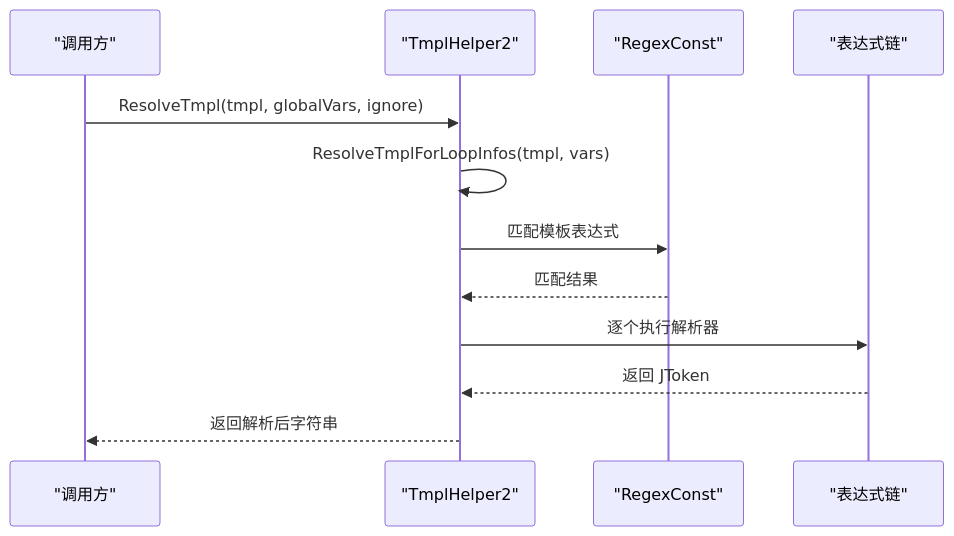
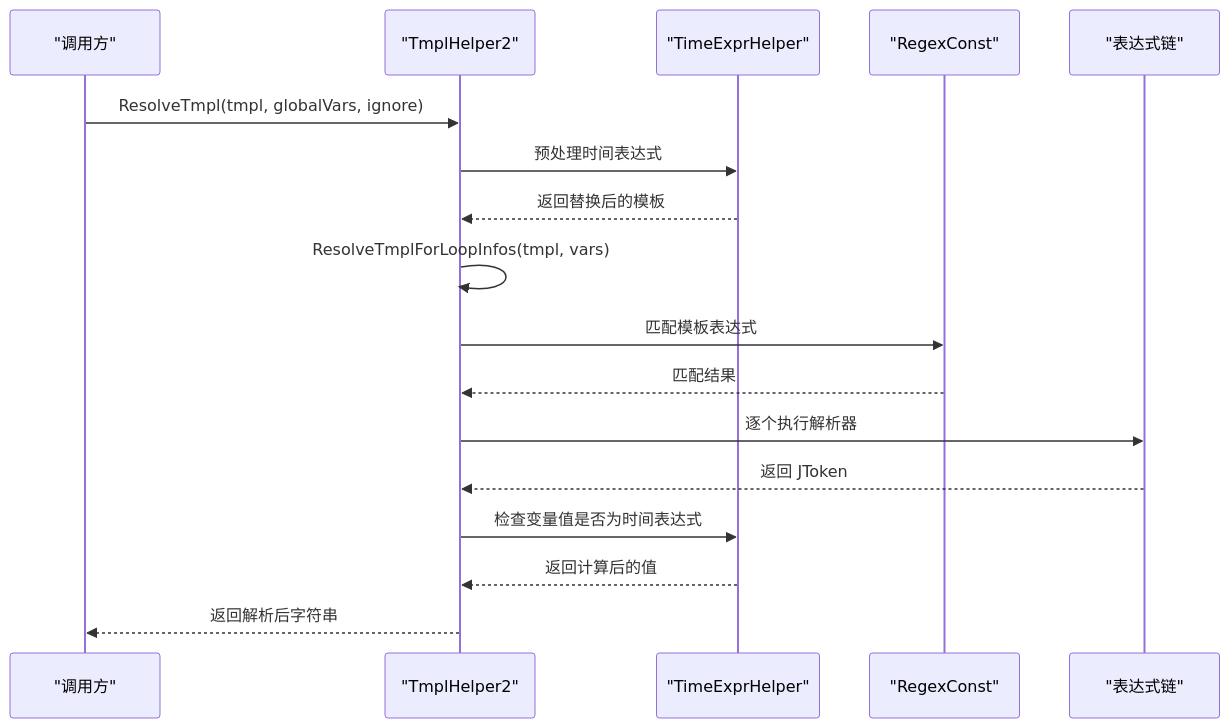
The fifth of 8 diagrams in .qoder/repowiki/zh/content/模板引擎系统/模板引擎系统.md (Sosososolong/AirGo), drawn with Mermaid before and after one commit. The commit also changed other lines of this file and 15 other files, not shown here.

````diff
--- a/.qoder/repowiki/zh/content/模板引擎系统/模板引擎系统.md
+++ b/.qoder/repowiki/zh/content/模板引擎系统/模板引擎系统.md
@@ -177,14 +229,19 @@
 ```mermaid
 sequenceDiagram
 participant C as "调用方"
 participant TH2 as "TmplHelper2"
+participant TEH as "TimeExprHelper"
 participant RX as "RegexConst"
 participant EX as "表达式链"
 C->>TH2 : ResolveTmpl(tmpl, globalVars, ignore)
+TH2->>TEH : 预处理时间表达式
+TEH-->>TH2 : 返回替换后的模板
 TH2->>TH2 : ResolveTmplForLoopInfos(tmpl, vars)
 TH2->>RX : 匹配模板表达式
 RX-->>TH2 : 匹配结果
 TH2->>EX : 逐个执行解析器
 EX-->>TH2 : 返回 JToken
+TH2->>TEH : 检查变量值是否为时间表达式
+TEH-->>TH2 : 返回计算后的值
 TH2-->>C : 返回解析后字符串
 ```
````
